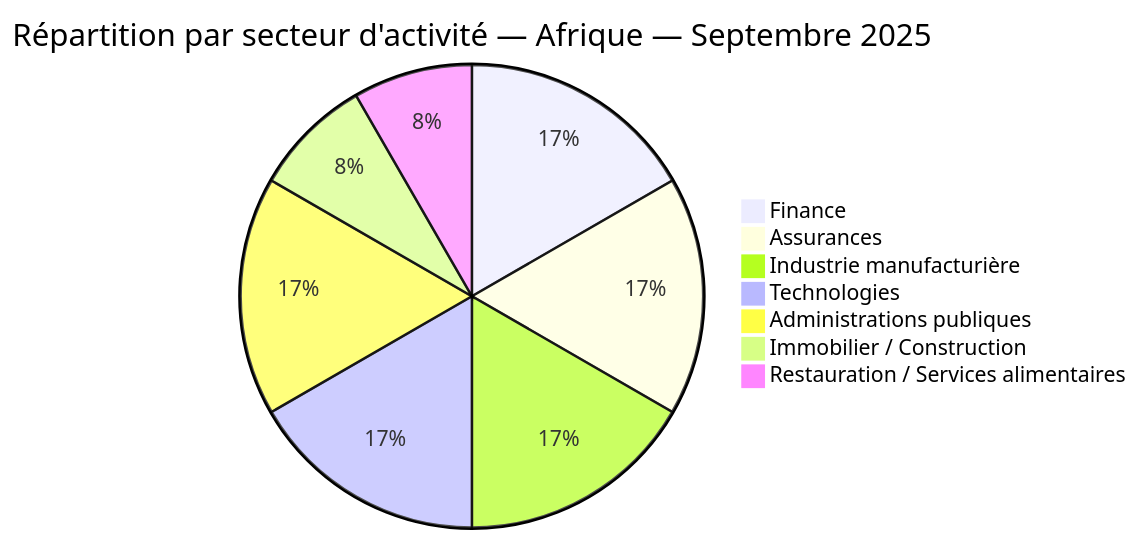
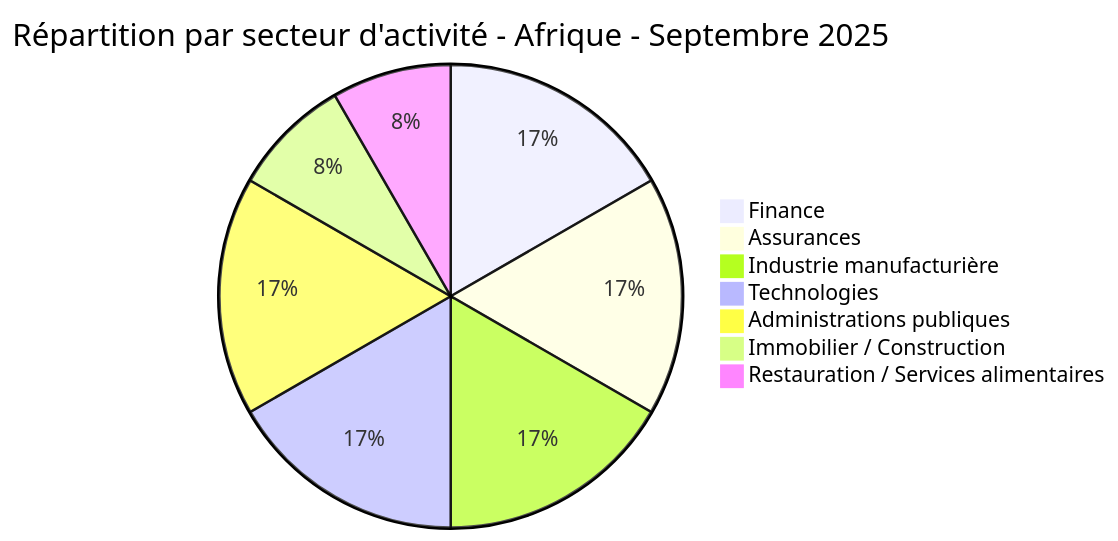
Before and after one commit to Hatchepsoute/AFRINTEL: the first of 5 diagrams in 2025/september/report/README_FR.md, drawn with Mermaid. The commit also changed other lines of this file, not shown here.

Commit message:
Rapport de cyberttaque Septembre 2025 - versions FR/EN & rapport CTI Janvier et Février 2026

````diff
--- a/2025/september/report/README_FR.md
+++ b/2025/september/report/README_FR.md
@@ -53,11 +51,10 @@
 ```mermaid
-pie
-title Répartition par secteur d'activité — Afrique — Septembre 2025
+pie title Répartition par secteur d'activité - Afrique - Septembre 2025
 "Finance" : 2
 "Assurances" : 2
 "Industrie manufacturière" : 2
 "Technologies" : 2
 "Administrations publiques" : 2
 "Immobilier / Construction" : 1
 "Restauration / Services alimentaires" : 1
 ```
````
